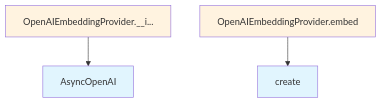
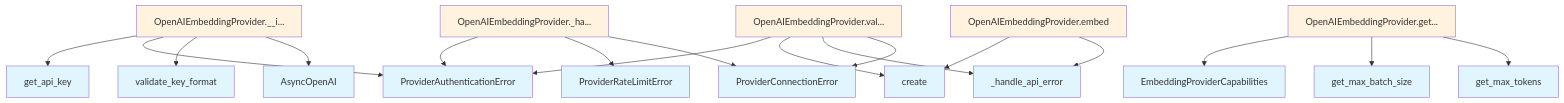
One commit to UrbanDiver/local-deepwiki-mcp changed the second of 2 diagrams in .deepwiki/files/src/local_deepwiki/providers/embeddings/openai.md. Above: the diagram before and after it, drawn with Mermaid. The commit also changed other lines of this file and 65 other files, not shown here.

````diff
--- a/.deepwiki/files/src/local_deepwiki/providers/embeddings/openai.md
+++ b/.deepwiki/files/src/local_deepwiki/providers/embeddings/openai.md
@@ -386,13 +440,39 @@
 ```mermaid
 flowchart TD
     N0[AsyncOpenAI]
-    N1[OpenAIEmbeddingProvider.__i...]
-    N2[OpenAIEmbeddingProvider.embed]
-    N3[create]
-    N1 --> N0
-    N2 --> N3
+    N1[EmbeddingProviderCapabilities]
+    N2[OpenAIEmbeddingProvider.__i...]
+    N3[OpenAIEmbeddingProvider._ha...]
+    N4[OpenAIEmbeddingProvider.embed]
+    N5[OpenAIEmbeddingProvider.get...]
+    N6[OpenAIEmbeddingProvider.val...]
+    N7[ProviderAuthenticationError]
+    N8[ProviderConnectionError]
+    N9[ProviderRateLimitError]
+    N10[_handle_api_error]
+    N11[create]
+    N12[get_api_key]
+    N13[get_max_batch_size]
+    N14[get_max_tokens]
+    N15[validate_key_format]
+    N2 --> N12
+    N2 --> N7
+    N2 --> N15
+    N2 --> N0
+    N3 --> N7
+    N3 --> N9
+    N3 --> N8
+    N4 --> N11
+    N4 --> N10
+    N6 --> N7
+    N6 --> N11
+    N6 --> N10
+    N6 --> N8
+    N5 --> N1
+    N5 --> N13
+    N5 --> N14
     classDef func fill:#e1f5fe
-    class N0,N3 func
+    class N0,N1,N7,N8,N9,N10,N11,N12,N13,N14,N15 func
     classDef method fill:#fff3e0
-    class N1,N2 method
+    class N2,N3,N4,N5,N6 method
 ```
````
